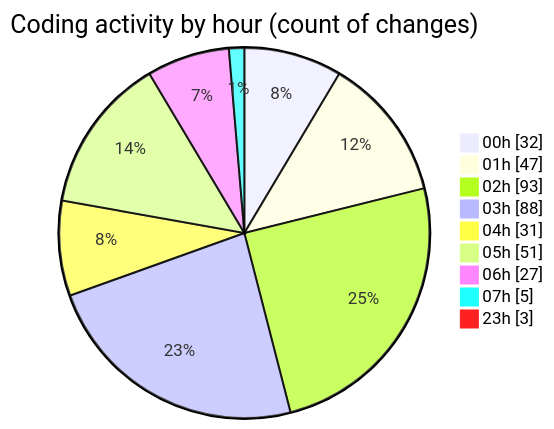
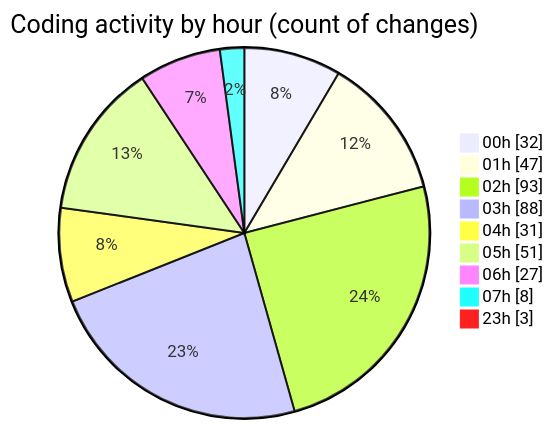
Before and after one commit to lephambinh05/code-tracking: the second of 2 diagrams in 2025-07-28/quanlyrapchieuphim-1/README.md, drawn with Mermaid. The commit also changed other lines of this file and 1 other file, not shown here.

````diff
--- a/2025-07-28/quanlyrapchieuphim-1/README.md
+++ b/2025-07-28/quanlyrapchieuphim-1/README.md
@@ -86,13 +86,13 @@
 ```mermaid
 pie showData
 title Coding activity by hour (count of changes)
 "00h" : 32
 "01h" : 47
 "02h" : 93
 "03h" : 88
 "04h" : 31
 "05h" : 51
 "06h" : 27
-"07h" : 5
+"07h" : 8
 "23h" : 3
 ```
````
